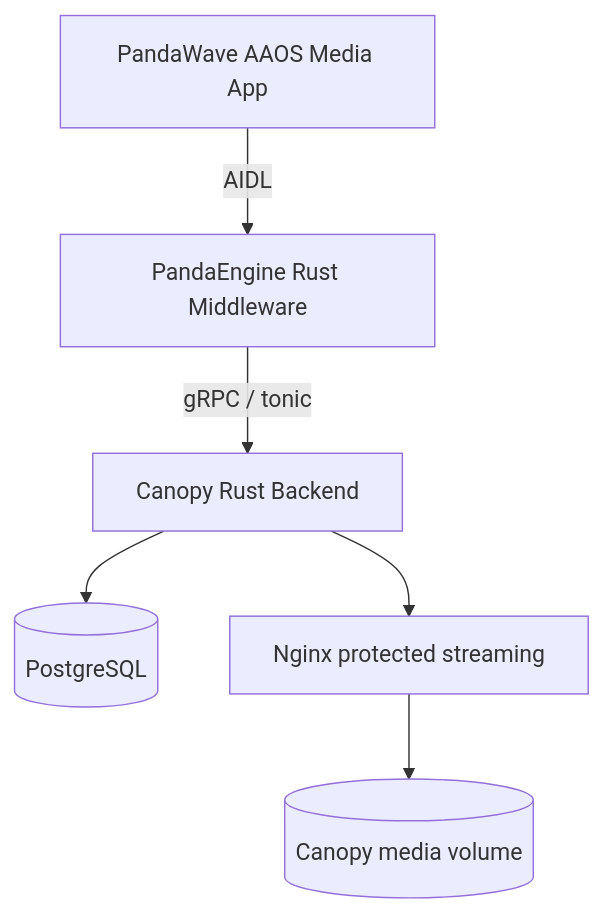
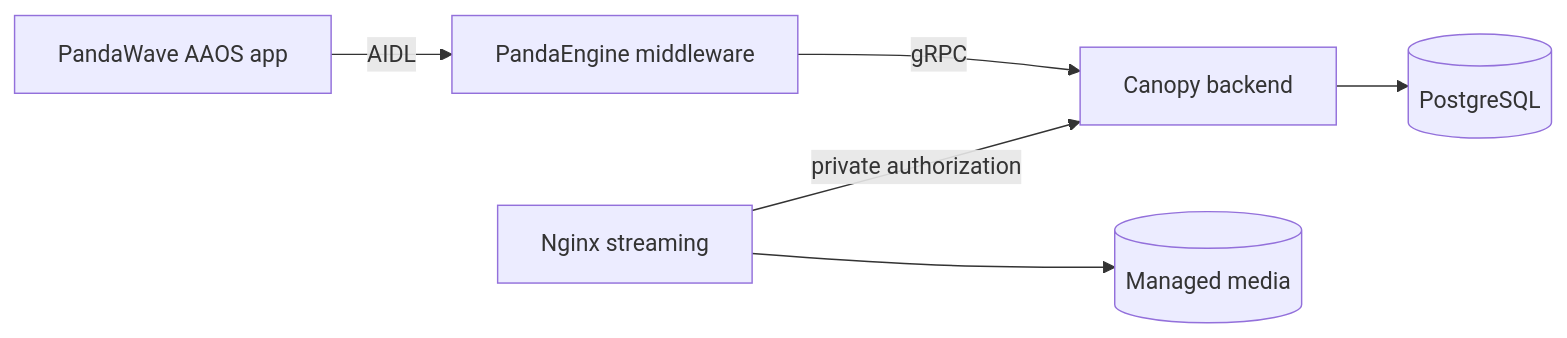
One commit to adrianrusu16/Canopy changed the diagram in README.md. Above: the diagram before and after it, drawn with Mermaid. The commit also changed other lines of this file and 6 other files, not shown here.

````diff
--- a/README.md
+++ b/README.md
@@ -60,15 +51,15 @@
 ```mermaid
-flowchart TD
-    PW[PandaWave AAOS Media App]
-    PE[PandaEngine Rust Middleware]
-    CAN[Canopy Rust Backend]
+flowchart LR
+    PW[PandaWave AAOS app]
+    PE[PandaEngine middleware]
+    CAN[Canopy backend]
     DB[(PostgreSQL)]
-    NGINX[Nginx protected streaming]
-    MEDIA[(Canopy media volume)]
+    NGINX[Nginx streaming]
+    MEDIA[(Managed media)]
 
     PW -->|AIDL| PE
-    PE -->|gRPC / tonic| CAN
+    PE -->|gRPC| CAN
     CAN --> DB
-    CAN --> NGINX
+    NGINX -->|private authorization| CAN
     NGINX --> MEDIA
 ```
````
